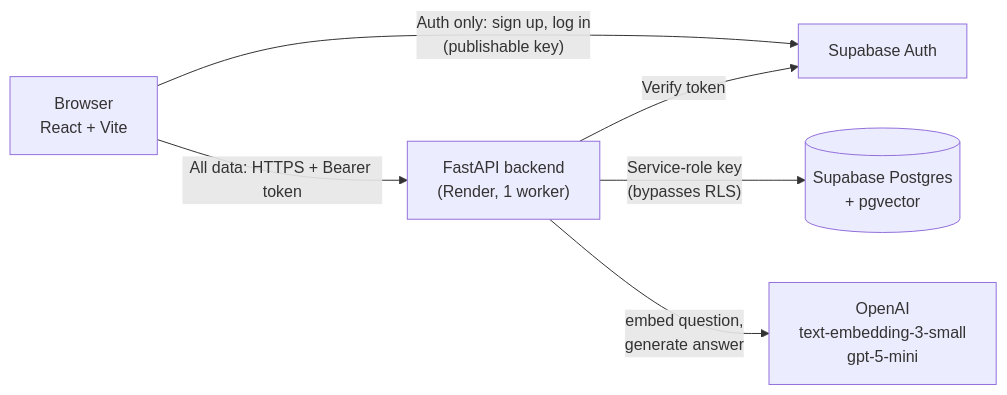
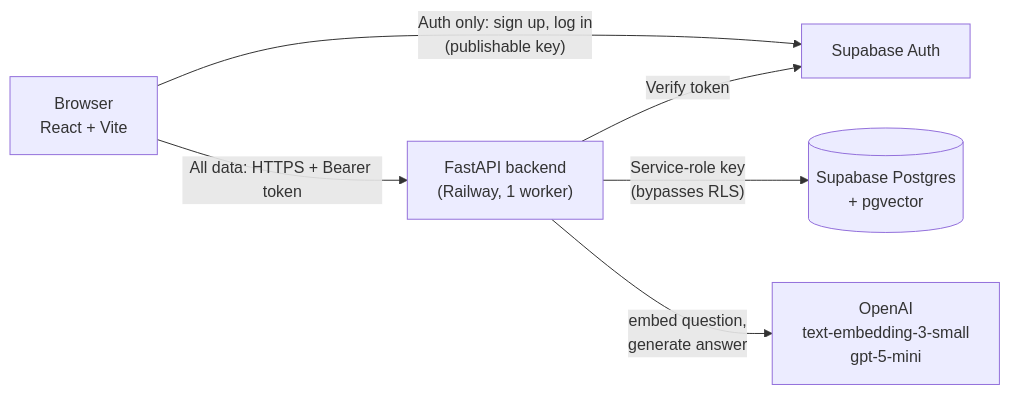
One commit to Ikeee-AI/TekaTech changed the diagram in docs/architecture.md. Above: the diagram before and after it, drawn with Mermaid. The commit also changed 15 other files, not shown here.

First line of the commit message:
S5-IK: flow diagrams (RAG, AI chat, General Knowledge, web search, sign-in, indexing, rollback) (#309)

````diff
--- a/docs/architecture.md
+++ b/docs/architecture.md
@@ -13,8 +13,8 @@
 ```mermaid
 flowchart LR
   B["Browser<br/>React + Vite"] -->|"Auth only: sign up, log in<br/>(publishable key)"| A["Supabase Auth"]
-  B -->|"All data: HTTPS + Bearer token"| F["FastAPI backend<br/>(Render, 1 worker)"]
+  B -->|"All data: HTTPS + Bearer token"| F["FastAPI backend<br/>(Railway, 1 worker)"]
   F -->|"Verify token"| A
   F -->|"Service-role key<br/>(bypasses RLS)"| D[("Supabase Postgres<br/>+ pgvector")]
   F -->|"embed question,<br/>generate answer"| O["OpenAI<br/>text-embedding-3-small<br/>gpt-5-mini"]
 ```
````
